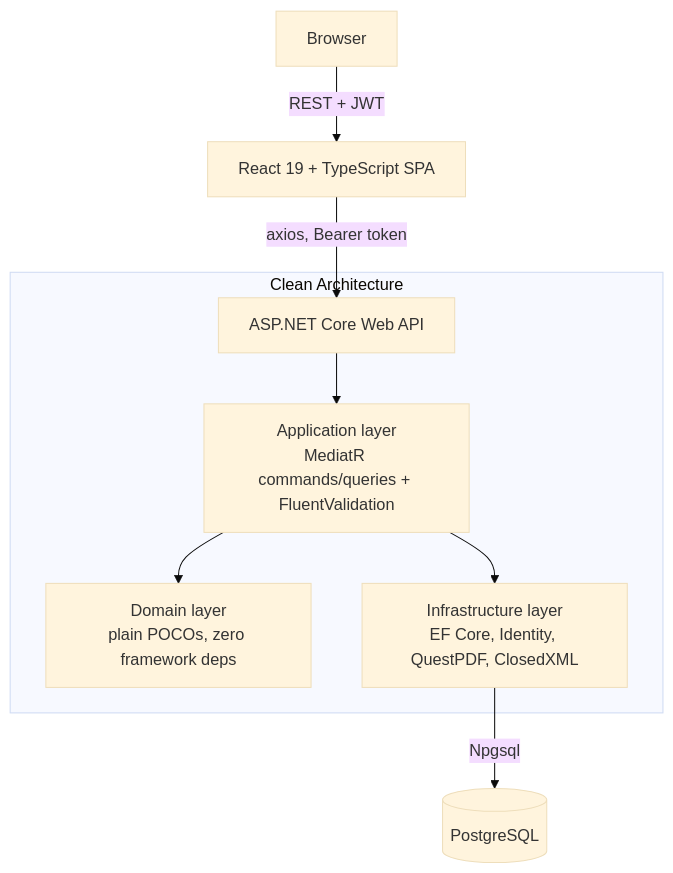
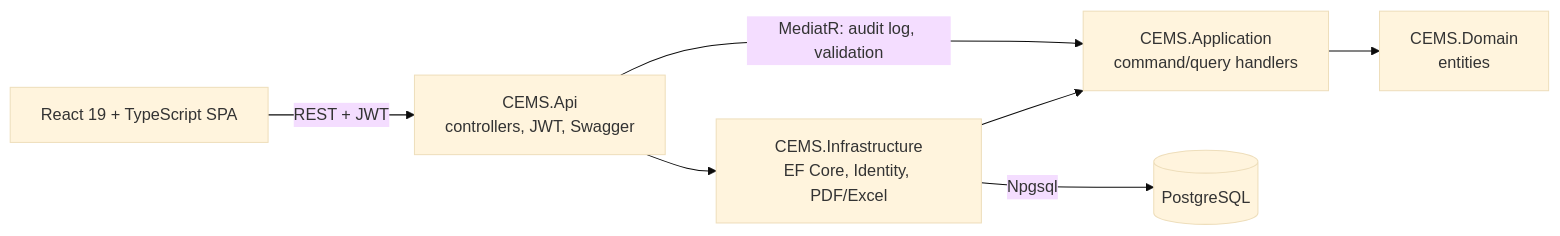
Before and after one commit to alieldeenahmed/CEMS: the diagram in README.md, drawn with Mermaid (base theme). The commit also changed other lines of this file, not shown here.

````diff
--- a/README.md
+++ b/README.md
@@ -38,11 +43,9 @@
 ```mermaid
-flowchart TD
-    User[Browser] -->|REST + JWT| FE[React 19 + TypeScript SPA]
-    FE -->|axios, Bearer token| API[ASP.NET Core Web API]
-    subgraph Backend[Clean Architecture]
-        API --> APP[Application layer<br/>MediatR commands/queries + FluentValidation]
-        APP --> DOM[Domain layer<br/>plain POCOs, zero framework deps]
-        APP --> INFRA[Infrastructure layer<br/>EF Core, Identity, QuestPDF, ClosedXML]
-    end
-    INFRA -->|Npgsql| DB[(PostgreSQL)]
+flowchart LR
+    Browser["React 19 + TypeScript SPA"] -->|"REST + JWT"| API["CEMS.Api<br/>controllers, JWT, Swagger"]
+    API -->|"MediatR: audit log, validation"| APP["CEMS.Application<br/>command/query handlers"]
+    APP --> DOM["CEMS.Domain<br/>entities"]
+    INFRA["CEMS.Infrastructure<br/>EF Core, Identity, PDF/Excel"] --> APP
+    API --> INFRA
+    INFRA -->|Npgsql| DB[("PostgreSQL")]
 ```
````
